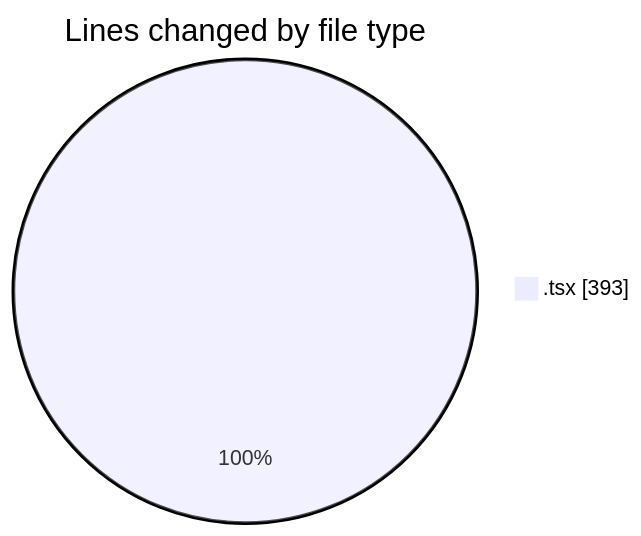
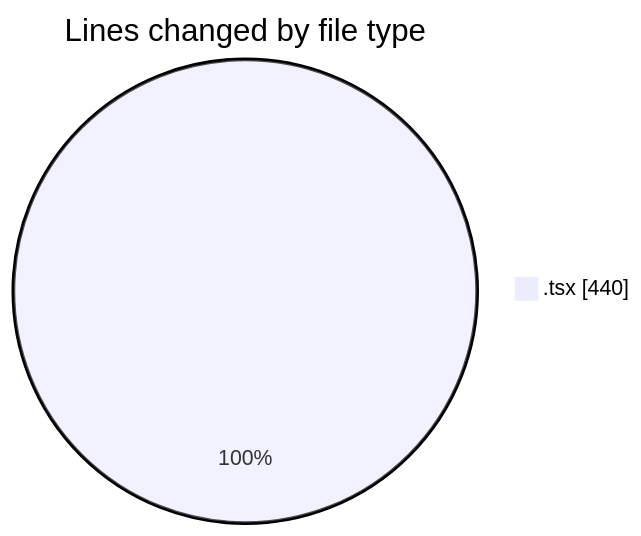
The first of 2 diagrams in 2025-03-05/frontend/README.md (robertbonfada/code-tracking), drawn with Mermaid before and after one commit. The commit also changed other lines of this file and 1 other file, not shown here.

````diff
--- a/2025-03-05/frontend/README.md
+++ b/2025-03-05/frontend/README.md
@@ -22,5 +23,5 @@
 ```mermaid
 pie showData
 title Lines changed by file type
-".tsx" : 393
+".tsx" : 440
 ```
````
